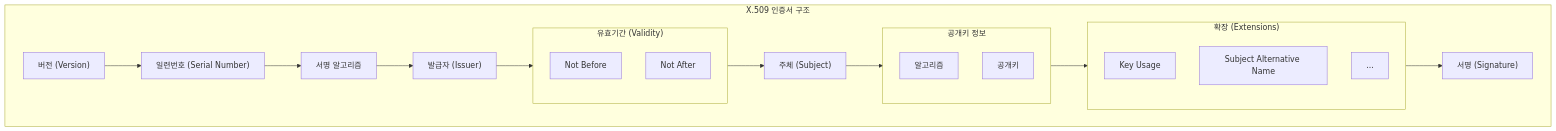
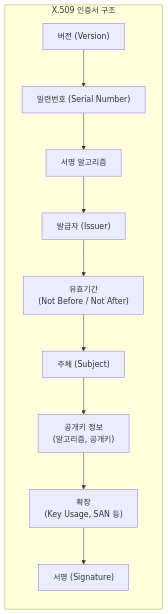
Before and after one commit to anveloper/information-security-engineer: the sixth of 8 diagrams in src/content/theory/04-security-general/01-cryptography.mdx, drawn with Mermaid. The commit also changed other lines of this file, not shown here.

Commit message:
fix: 4과목 암호학 Mermaid 다이어그램 렌더링 오류 수정

````diff
--- a/src/content/theory/04-security-general/01-cryptography.mdx
+++ b/src/content/theory/04-security-general/01-cryptography.mdx
@@ -457,31 +457,17 @@
 ```mermaid
-flowchart TB
+flowchart LR
     subgraph Cert["X.509 인증서 구조"]
+        direction TB
         V["버전 (Version)"]
         SN["일련번호 (Serial Number)"]
         SA["서명 알고리즘"]
         I["발급자 (Issuer)"]
-
-        subgraph Validity["유효기간 (Validity)"]
-            NB["Not Before"]
-            NA["Not After"]
-        end
-
+        Val["유효기간<br/>(Not Before / Not After)"]
         S["주체 (Subject)"]
-
-        subgraph PK["공개키 정보"]
-            PKA["알고리즘"]
-            PKV["공개키"]
-        end
-
-        subgraph Ext["확장 (Extensions)"]
-            KU["Key Usage"]
-            SAN["Subject Alternative Name"]
-            ETC["..."]
-        end
-
+        PK["공개키 정보<br/>(알고리즘, 공개키)"]
+        Ext["확장<br/>(Key Usage, SAN 등)"]
         Sig["서명 (Signature)"]
     end
 
-    V --> SN --> SA --> I --> Validity --> S --> PK --> Ext --> Sig
+    V --> SN --> SA --> I --> Val --> S --> PK --> Ext --> Sig
 ```
````
